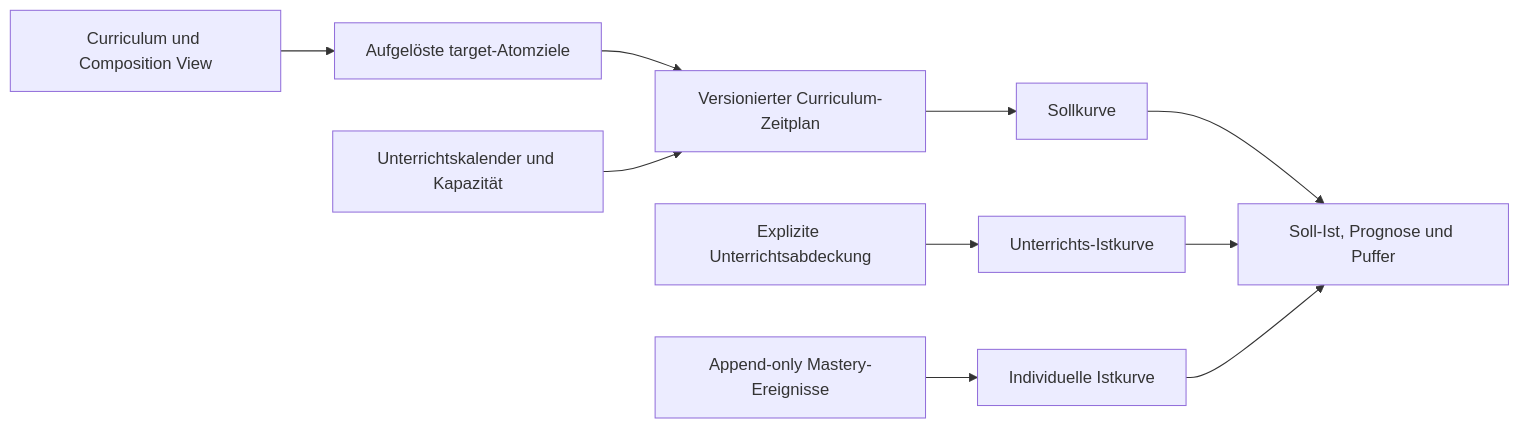
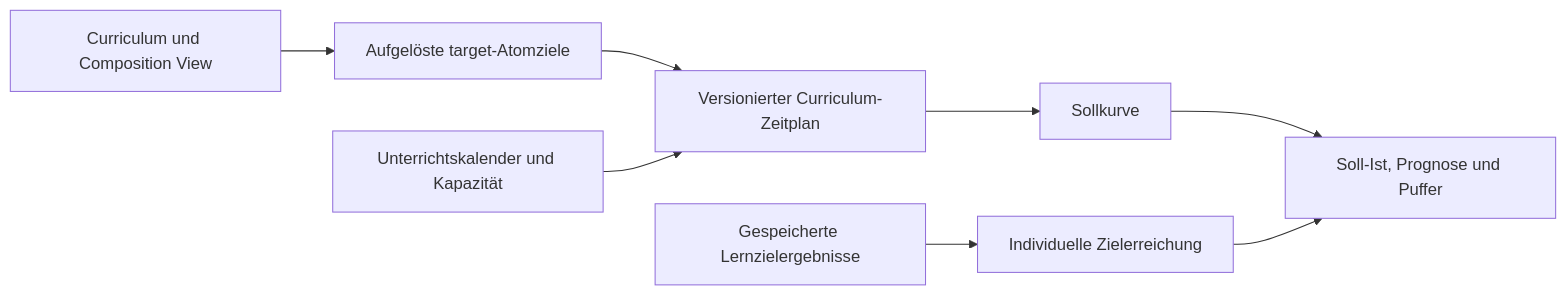
The diagram in docs/concept/didactic/curriculum-time-axis-and-pacing.md (enpasos/skillpilot), drawn with Mermaid before and after one commit. The commit also changed other lines of this file and 15 other files, not shown here.

````diff
--- a/docs/concept/didactic/curriculum-time-axis-and-pacing.md
+++ b/docs/concept/didactic/curriculum-time-axis-and-pacing.md
@@ -59,12 +72,10 @@
 ```mermaid
 flowchart LR
     C[Curriculum und Composition View] --> R[Aufgelöste target-Atomziele]
     R --> P[Versionierter Curriculum-Zeitplan]
     K[Unterrichtskalender und Kapazität] --> P
     P --> S[Sollkurve]
-    U[Explizite Unterrichtsabdeckung] --> D[Unterrichts-Istkurve]
-    M[Append-only Mastery-Ereignisse] --> A[Individuelle Istkurve]
+    M[Gespeicherte Lernzielergebnisse] --> A[Individuelle Zielerreichung]
     S --> V[Soll-Ist, Prognose und Puffer]
-    D --> V
     A --> V
 ```
````
